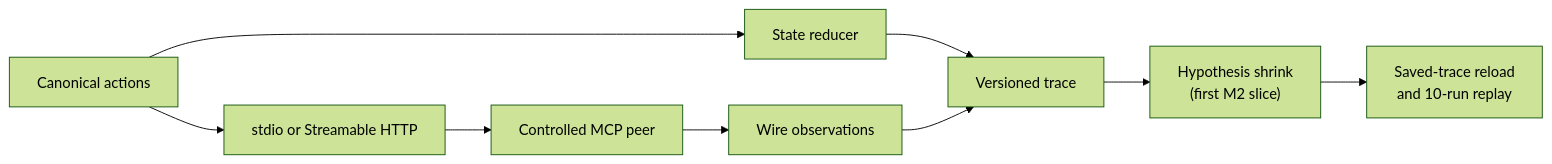
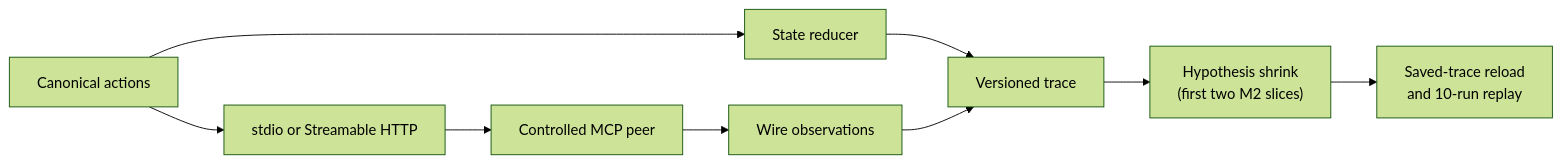
The diagram in README.md (lxingy3/mcp-statecheck), drawn with Mermaid (forest theme) before and after one commit. The commit also changed other lines of this file and 1 other file, not shown here.

Commit message:
docs: record the second M2 vertical slice

````diff
--- a/README.md
+++ b/README.md
@@ -31,11 +31,11 @@
 ```mermaid
 flowchart LR
     A["Canonical actions"] --> B["State reducer"]
     A --> C["stdio or Streamable HTTP"]
     C --> D["Controlled MCP peer"]
     D --> E["Wire observations"]
     B --> F["Versioned trace"]
     E --> F
-    F --> G["Hypothesis shrink<br/>(first M2 slice)"]
+    F --> G["Hypothesis shrink<br/>(first two M2 slices)"]
     G --> H["Saved-trace reload<br/>and 10-run replay"]
 ```
````
